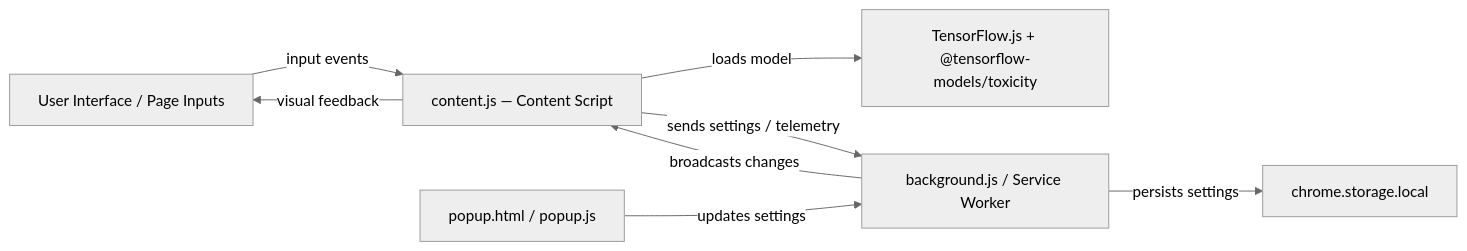
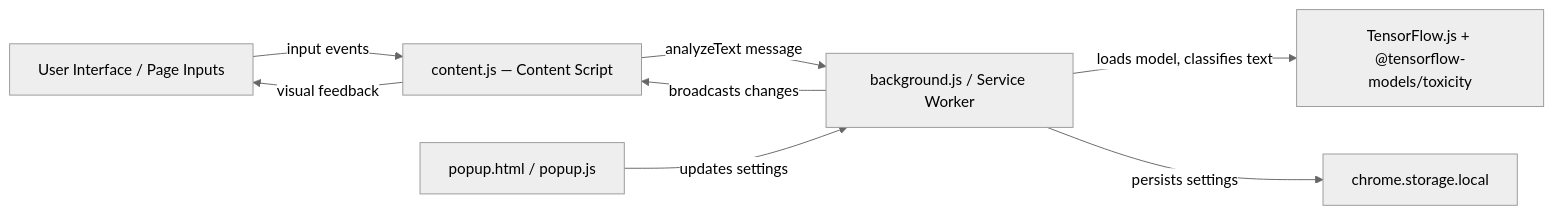
The first of 4 diagrams in README.md (Life-Experimentalist/ToxicGuard_AI), drawn with Mermaid (neutral theme) before and after one commit. The commit also changed other lines of this file and 1 other file, not shown here.

First line of the commit message:
docs: describe where the model actually loads and runs

````diff
--- a/README.md
+++ b/README.md
@@ -68,17 +69,17 @@
 ```mermaid
 flowchart LR
   UI[User Interface / Page Inputs]
   CS[content.js — Content Script]
   MODEL[TensorFlow.js + @tensorflow-models/toxicity]
   BG[background.js / Service Worker]
   STORAGE[chrome.storage.local]
   POPUP[popup.html / popup.js]
 
   UI -->|input events| CS
-  CS -->|loads model| MODEL
-  CS -->|sends settings / telemetry| BG
+  CS -->|analyzeText message| BG
+  BG -->|loads model, classifies text| MODEL
   BG -->|persists settings| STORAGE
   POPUP -->|updates settings| BG
   BG -->|broadcasts changes| CS
   CS -->|visual feedback| UI
 ```
````
